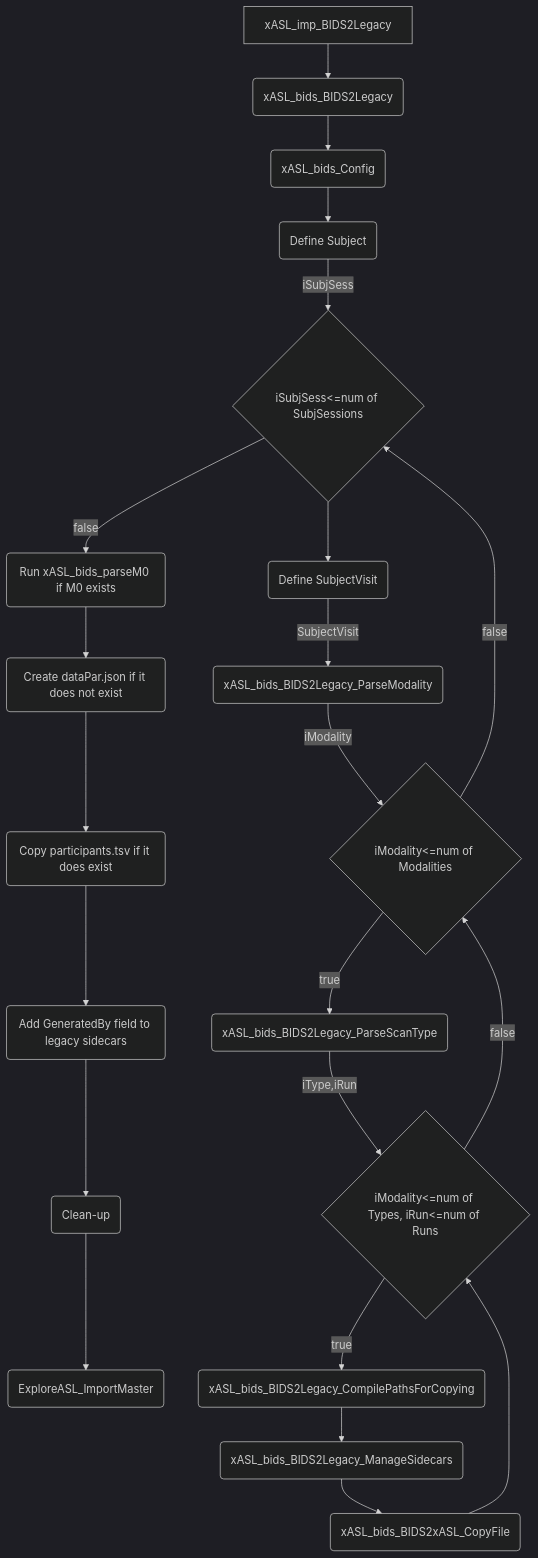
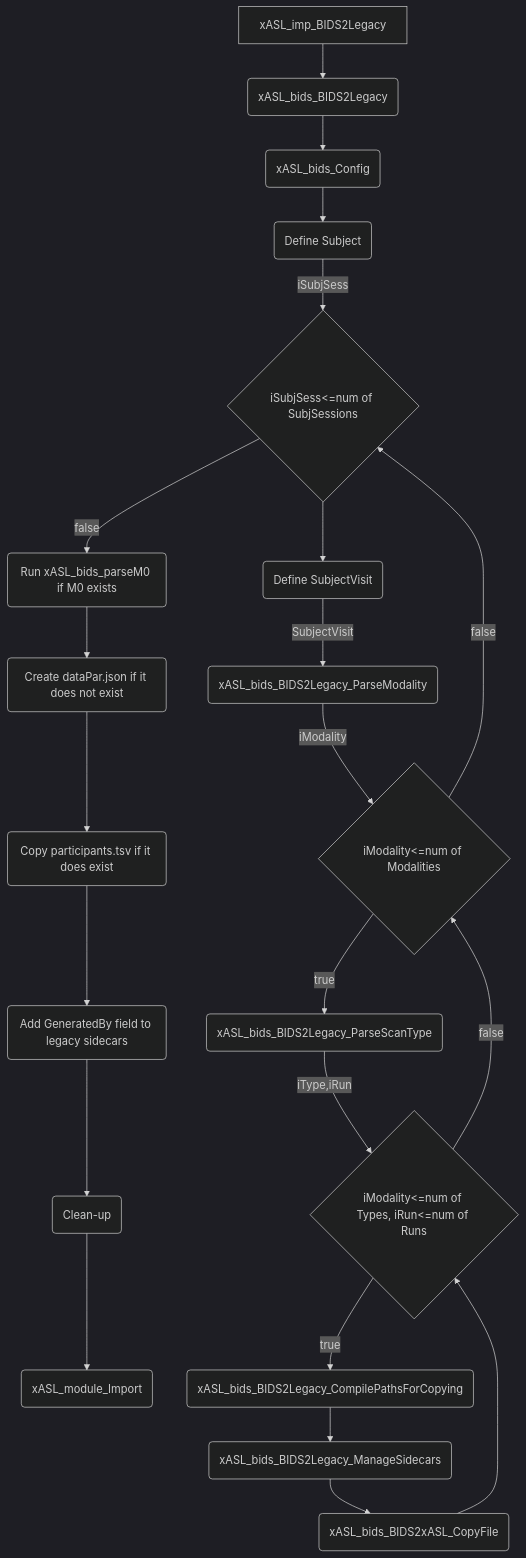
One commit to ExploreASL/Documentation changed the fourth of 4 diagrams in templates/FLOWCHARTS.md. Above: the diagram before and after it, drawn with Mermaid (dark theme).

Commit message:
Update Flowcharts

````diff
--- a/templates/FLOWCHARTS.md
+++ b/templates/FLOWCHARTS.md
@@ -74,24 +74,24 @@
 ```mermaid
 graph TD
     A[xASL_imp_BIDS2Legacy] --> B(xASL_bids_BIDS2Legacy)
     B --> C(xASL_bids_Config)
     C --> D(Define Subject)
     D --> |iSubjSess| E{iSubjSess<=num of SubjSessions}
     E --> |false| F(Run xASL_bids_parseM0 if M0 exists)
     F --> G(Create dataPar.json if it does not exist)
     G --> H(Copy participants.tsv if it does exist)
     H --> J(Add GeneratedBy field to legacy sidecars)
     J --> K(Clean-up)
-    K --> L(ExploreASL_ImportMaster)
+    K --> L(xASL_module_Import)
     E --> M(Define SubjectVisit)
     M --> |SubjectVisit| N(xASL_bids_BIDS2Legacy_ParseModality)
     N --> |iModality| O{iModality<=num of Modalities}
     O --> |false| E
     O --> |true| P(xASL_bids_BIDS2Legacy_ParseScanType)
     P --> |iType,iRun| Q{iModality<=num of Types, iRun<=num of Runs}
     Q --> |true| R(xASL_bids_BIDS2Legacy_CompilePathsForCopying)
     R --> S(xASL_bids_BIDS2Legacy_ManageSidecars)
     S --> T(xASL_bids_BIDS2xASL_CopyFile)
     T --> Q
     Q --> |false| O
 ```
````
